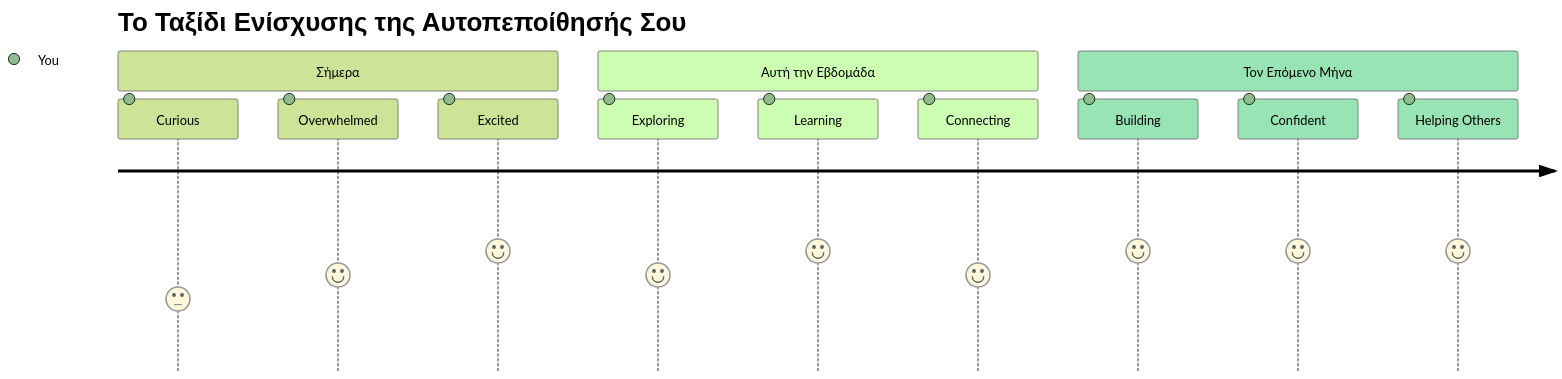
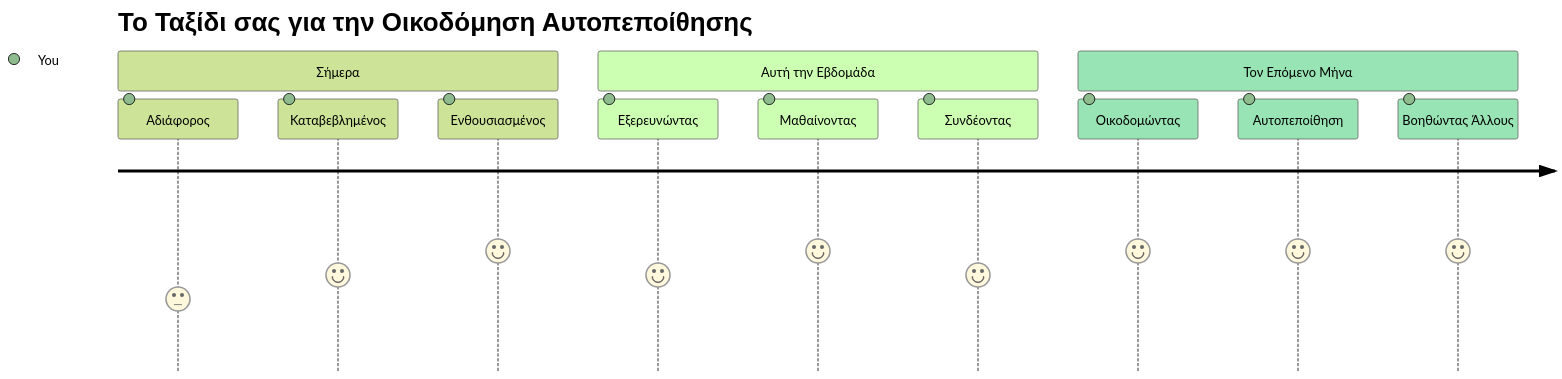
Before and after one commit to microsoft/Web-Dev-For-Beginners: the seventh of 7 diagrams in translations/el/1-getting-started-lessons/1-intro-to-programming-languages/README.md, drawn with Mermaid (forest theme). The commit also changed other lines of this file and 8 other files, not shown here.

````diff
--- a/translations/el/1-getting-started-lessons/1-intro-to-programming-languages/README.md
+++ b/translations/el/1-getting-started-lessons/1-intro-to-programming-languages/README.md
@@ -831,16 +828,16 @@
 ```mermaid
 journey
-    title Το Ταξίδι Ενίσχυσης της Αυτοπεποίθησής Σου
+    title Το Ταξίδι σας για την Οικοδόμηση Αυτοπεποίθησης
     section Σήμερα
-      Curious: 3: You
-      Overwhelmed: 4: You
-      Excited: 5: You
+      Αδιάφορος: 3: You
+      Καταβεβλημένος: 4: You
+      Ενθουσιασμένος: 5: You
     section Αυτή την Εβδομάδα
-      Exploring: 4: You
-      Learning: 5: You
-      Connecting: 4: You
+      Εξερευνώντας: 4: You
+      Μαθαίνοντας: 5: You
+      Συνδέοντας: 4: You
     section Τον Επόμενο Μήνα
-      Building: 5: You
-      Confident: 5: You
-      Helping Others: 5: You
+      Οικοδομώντας: 5: You
+      Αυτοπεποίθηση: 5: You
+      Βοηθώντας Άλλους: 5: You
 ```
````
